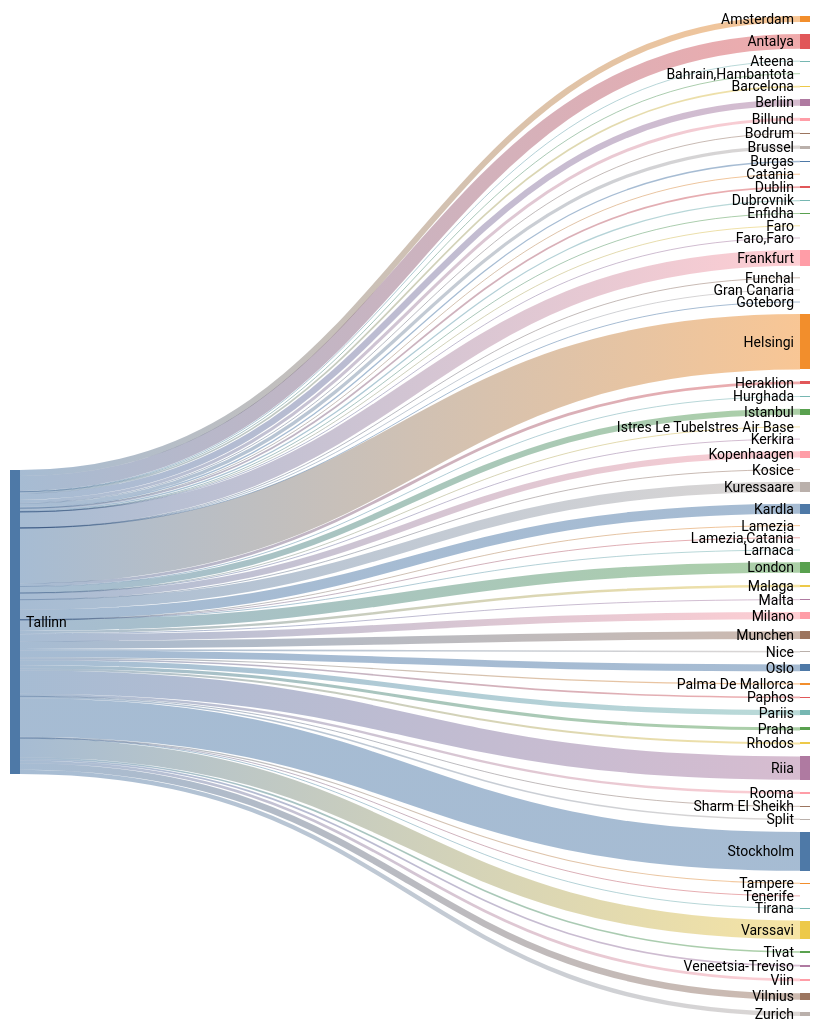
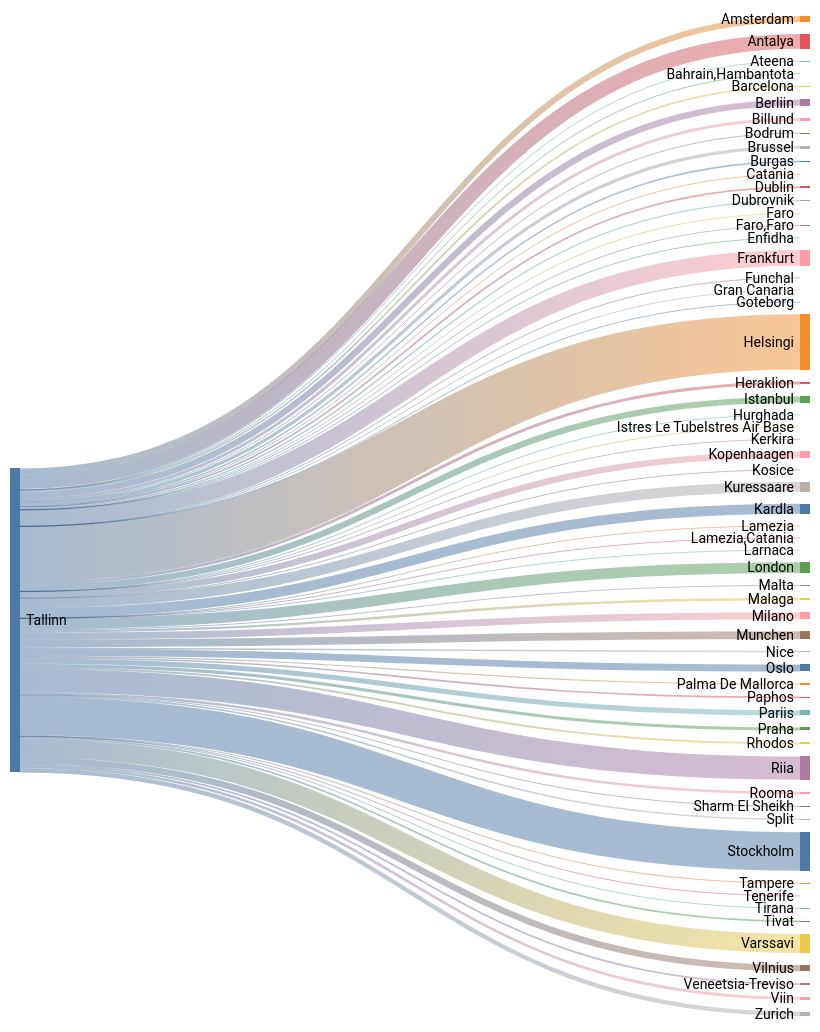
One commit to rainermesi/tll-airport-departures changed the second of 2 diagrams in README.md. Above: the diagram before and after it, drawn with Mermaid (forest theme). The commit also changed other lines of this file, not shown here.

````diff
--- a/README.md
+++ b/README.md
@@ -34,72 +34,72 @@
 ```mermaid
 ---
 config:
   sankey:
     showValues: false
     width: 800
     height: 1000
 ---
 sankey-beta
 %% source,target,value
-Tallinn,Amsterdam,96
-Tallinn,Antalya,233
+Tallinn,Amsterdam,97
+Tallinn,Antalya,235
 Tallinn,Ateena,16
 Tallinn,"Bahrain,Hambantota",1
-Tallinn,Barcelona,27
-Tallinn,Berliin,102
+Tallinn,Barcelona,28
+Tallinn,Berliin,103
 Tallinn,Billund,49
 Tallinn,Bodrum,11
-Tallinn,Brussel,53
+Tallinn,Brussel,54
 Tallinn,Burgas,21
 Tallinn,Catania,2
 Tallinn,Dublin,27
 Tallinn,Dubrovnik,21
 Tallinn,Enfidha,7
 Tallinn,Faro,4
 Tallinn,"Faro,Faro",1
-Tallinn,Frankfurt,252
+Tallinn,Frankfurt,255
 Tallinn,Funchal,2
-Tallinn,Gran Canaria,2
+Tallinn,Gran Canaria,3
 Tallinn,Goteborg,1
-Tallinn,Helsingi,887
+Tallinn,Helsingi,896
 Tallinn,Heraklion,46
 Tallinn,Hurghada,7
-Tallinn,Istanbul,98
+Tallinn,Istanbul,100
 Tallinn,Istres Le TubeIstres Air Base,2
 Tallinn,Kerkira,4
-Tallinn,Kopenhaagen,102
+Tallinn,Kopenhaagen,103
 Tallinn,Kosice,1
-Tallinn,Kuressaare,160
-Tallinn,Kardla,160
+Tallinn,Kuressaare,161
+Tallinn,Kardla,161
 Tallinn,Lamezia,1
 Tallinn,"Lamezia,Catania",3
 Tallinn,Larnaca,4
-Tallinn,London,171
+Tallinn,London,173
 Tallinn,Malaga,39
 Tallinn,Malta,14
-Tallinn,Milano,113
+Tallinn,Milano,114
 Tallinn,Munchen,124
 Tallinn,Nice,25
-Tallinn,Oslo,110
+Tallinn,Oslo,112
 Tallinn,Palma De Mallorca,19
 Tallinn,Paphos,26
-Tallinn,Pariis,83
+Tallinn,Pariis,84
 Tallinn,Praha,49
 Tallinn,Rhodos,32
-Tallinn,Riia,373
-Tallinn,Rooma,39
-Tallinn,Sharm El Sheikh,7
+Tallinn,Riia,377
+Tallinn,Rooma,40
+Tallinn,Sharm El Sheikh,8
 Tallinn,Split,25
-Tallinn,Stockholm,619
+Tallinn,Stockholm,623
 Tallinn,Tampere,17
 Tallinn,Tenerife,3
 Tallinn,Tirana,8
 Tallinn,Tivat,26
-Tallinn,Varssavi,300
-Tallinn,Veneetsia-Treviso,27
+Tallinn,Varssavi,303
+Tallinn,Veneetsia-Treviso,28
 Tallinn,Viin,44
 Tallinn,Vilnius,104
-Tallinn,Zurich,69
+Tallinn,Zurich,70
 
 
 ```
````
